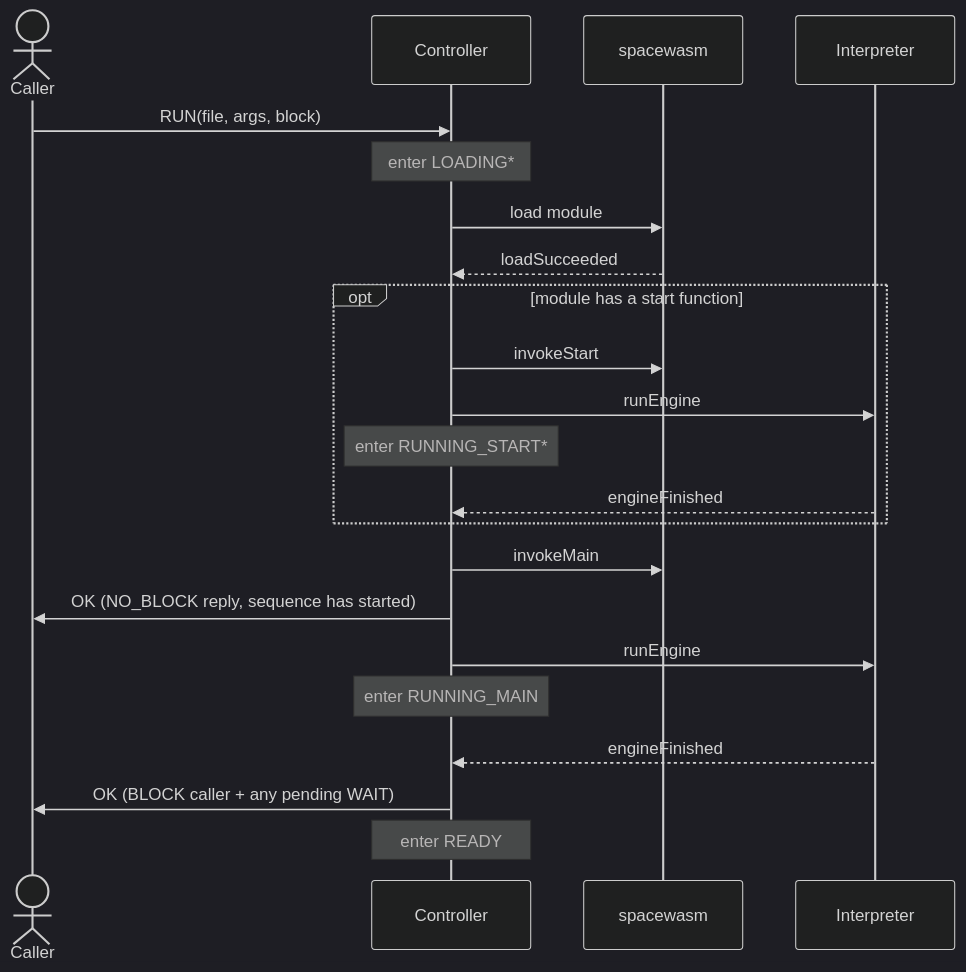
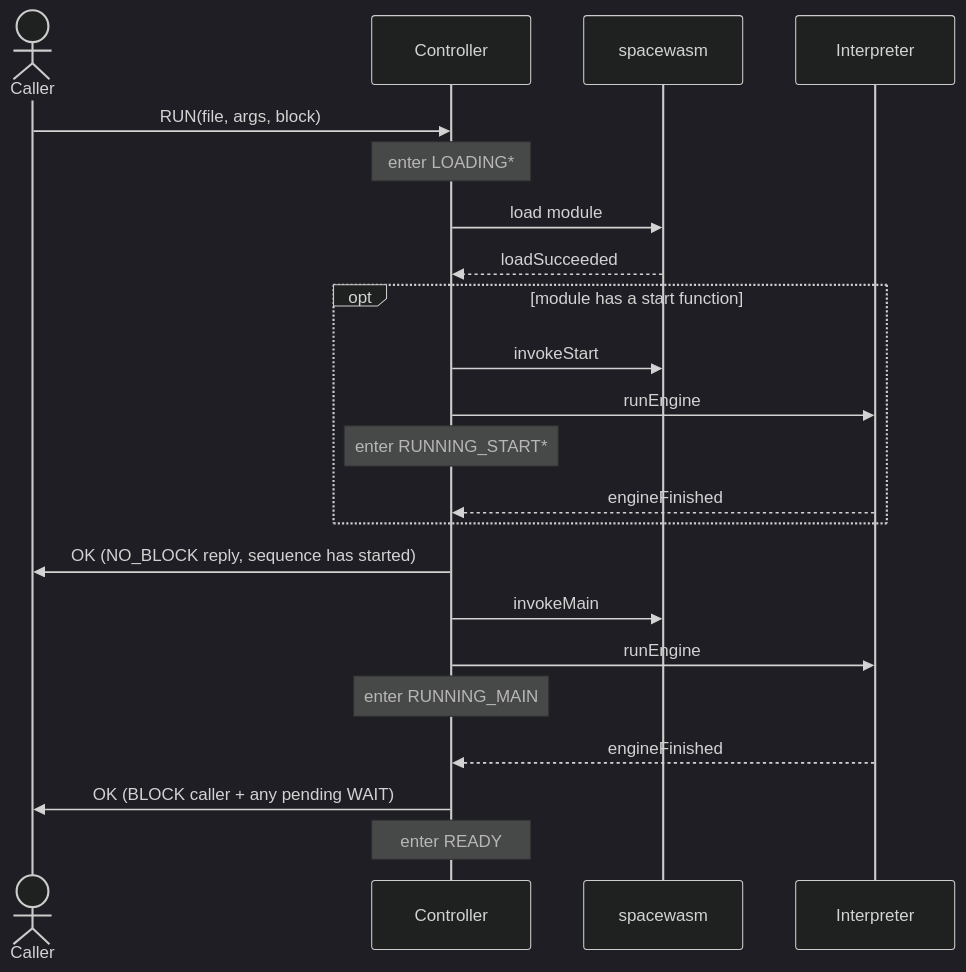
Before and after one commit to nasa/fprime: the diagram in Svc/WasmSequencer/docs/sdd.md, drawn with Mermaid (dark theme). The commit also changed other lines of this file, not shown here.

````diff
--- a/Svc/WasmSequencer/docs/sdd.md
+++ b/Svc/WasmSequencer/docs/sdd.md
@@ -117,27 +190,28 @@
 ```mermaid
 sequenceDiagram
     actor Caller
     participant Ctrl as Controller
     participant Engine as spacewasm
     participant Interp as Interpreter
 
     Caller->>Ctrl: RUN(file, args, block)
     Note over Ctrl: enter LOADING*
     Ctrl->>Engine: load module
     Engine-->>Ctrl: loadSucceeded
 
     opt module has a start function
         Ctrl->>Engine: invokeStart
         Ctrl->>Interp: runEngine
         Note over Ctrl: enter RUNNING_START*
         Interp-->>Ctrl: engineFinished
     end
 
+    Ctrl->>Caller: OK (NO_BLOCK reply, sequence has started)
+
     Ctrl->>Engine: invokeMain
-    Ctrl->>Caller: OK (NO_BLOCK reply, sequence has started)
     Ctrl->>Interp: runEngine
     Note over Ctrl: enter RUNNING_MAIN
     Interp-->>Ctrl: engineFinished
     Ctrl->>Caller: OK (BLOCK caller + any pending WAIT)
     Note over Ctrl: enter READY
 ```
````
